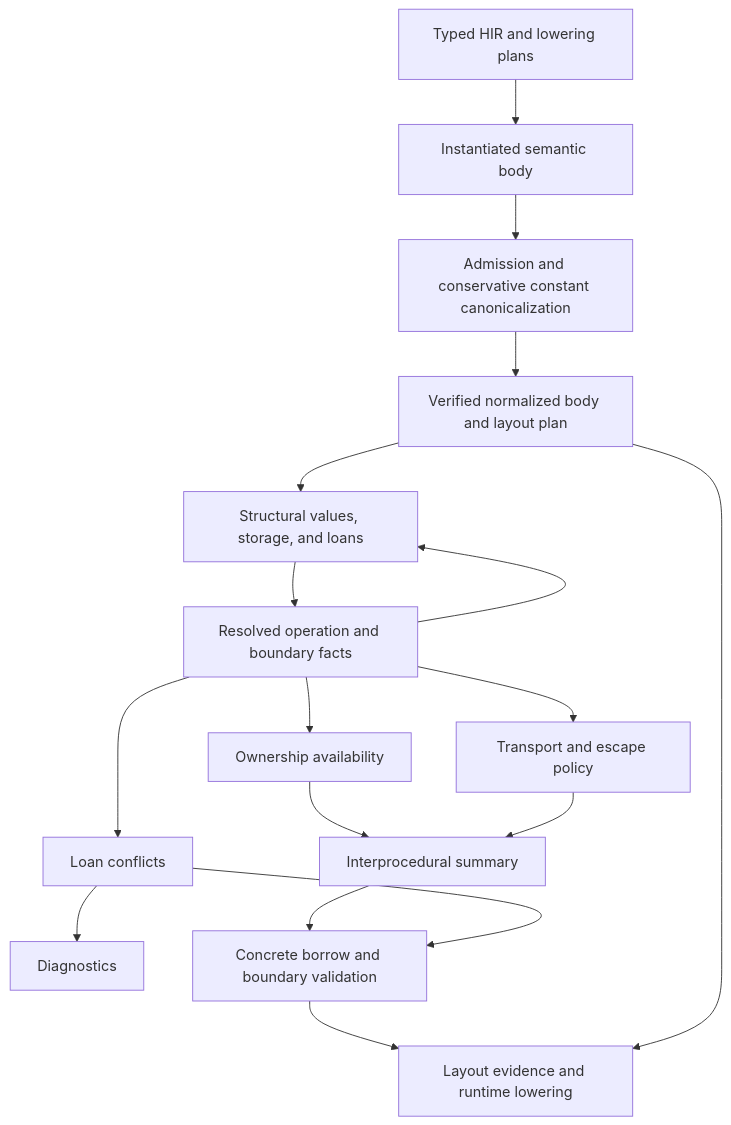
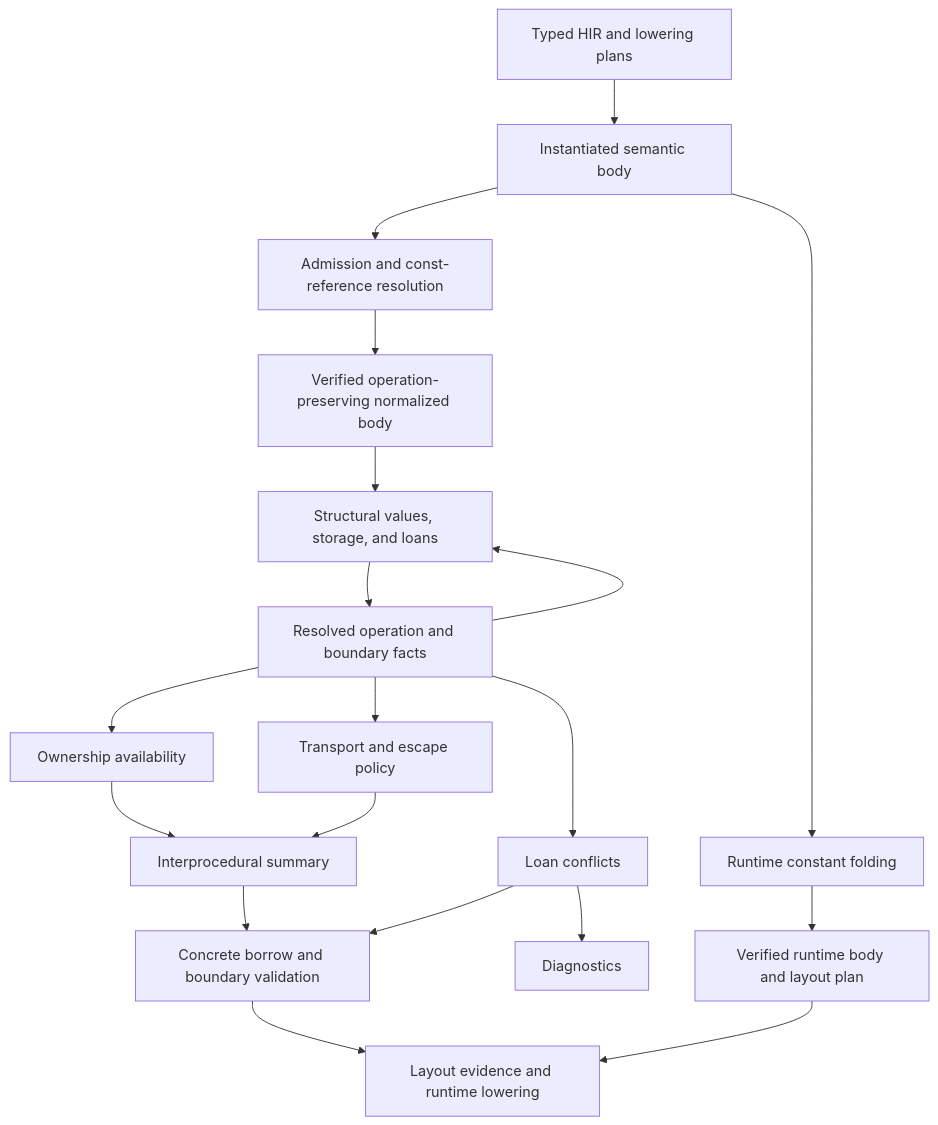
The diagram in docs/architecture/borrow-checker.md (sbillig/fe), drawn with Mermaid before and after one commit. The commit also changed other lines of this file and 10 other files, not shown here.

First line of the commit message:
Borrow-check an operation-preserving semantic body

````diff
--- a/docs/architecture/borrow-checker.md
+++ b/docs/architecture/borrow-checker.md
@@ -12,19 +12,21 @@
 ```mermaid
 flowchart TD
     Typed[Typed HIR and lowering plans] --> Raw[Instantiated semantic body]
-    Raw --> Admission[Admission and conservative constant canonicalization]
-    Admission --> Normalized[Verified normalized body and layout plan]
+    Raw --> Admission[Admission and const-reference resolution]
+    Admission --> Normalized[Verified operation-preserving normalized body]
+    Raw --> Folding[Runtime constant folding]
+    Folding --> RuntimeBody[Verified runtime body and layout plan]
     Normalized --> Structural[Structural values, storage, and loans]
     Structural --> Resolution[Resolved operation and boundary facts]
     Resolution --> Structural
     Resolution --> Ownership[Ownership availability]
     Resolution --> Conflicts[Loan conflicts]
     Resolution --> Boundary[Transport and escape policy]
     Ownership --> Summary[Interprocedural summary]
     Conflicts --> Diagnostics[Diagnostics]
     Boundary --> Summary
     Summary --> Validation[Concrete borrow and boundary validation]
     Conflicts --> Validation
     Validation --> Runtime[Layout evidence and runtime lowering]
-    Normalized --> Runtime
+    RuntimeBody --> Runtime
 ```
````
